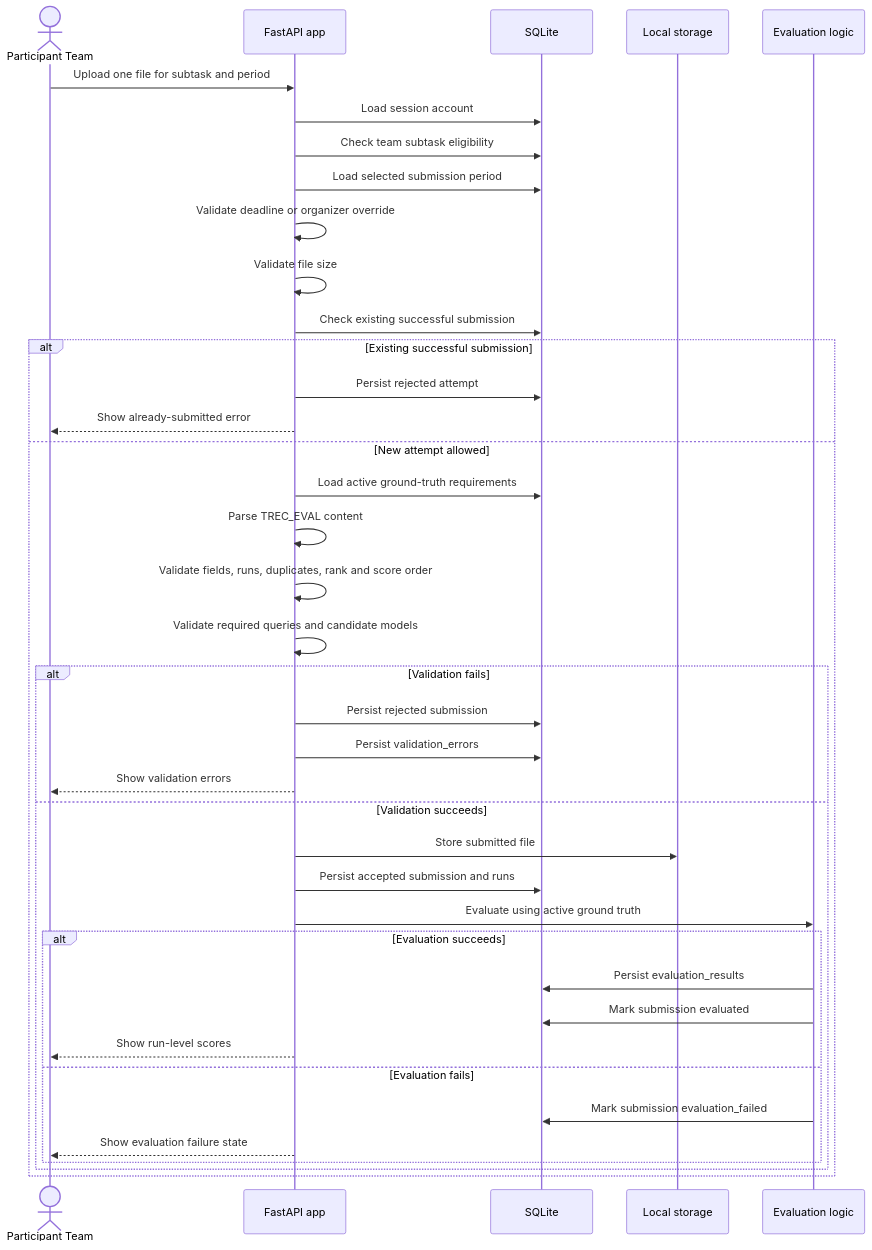
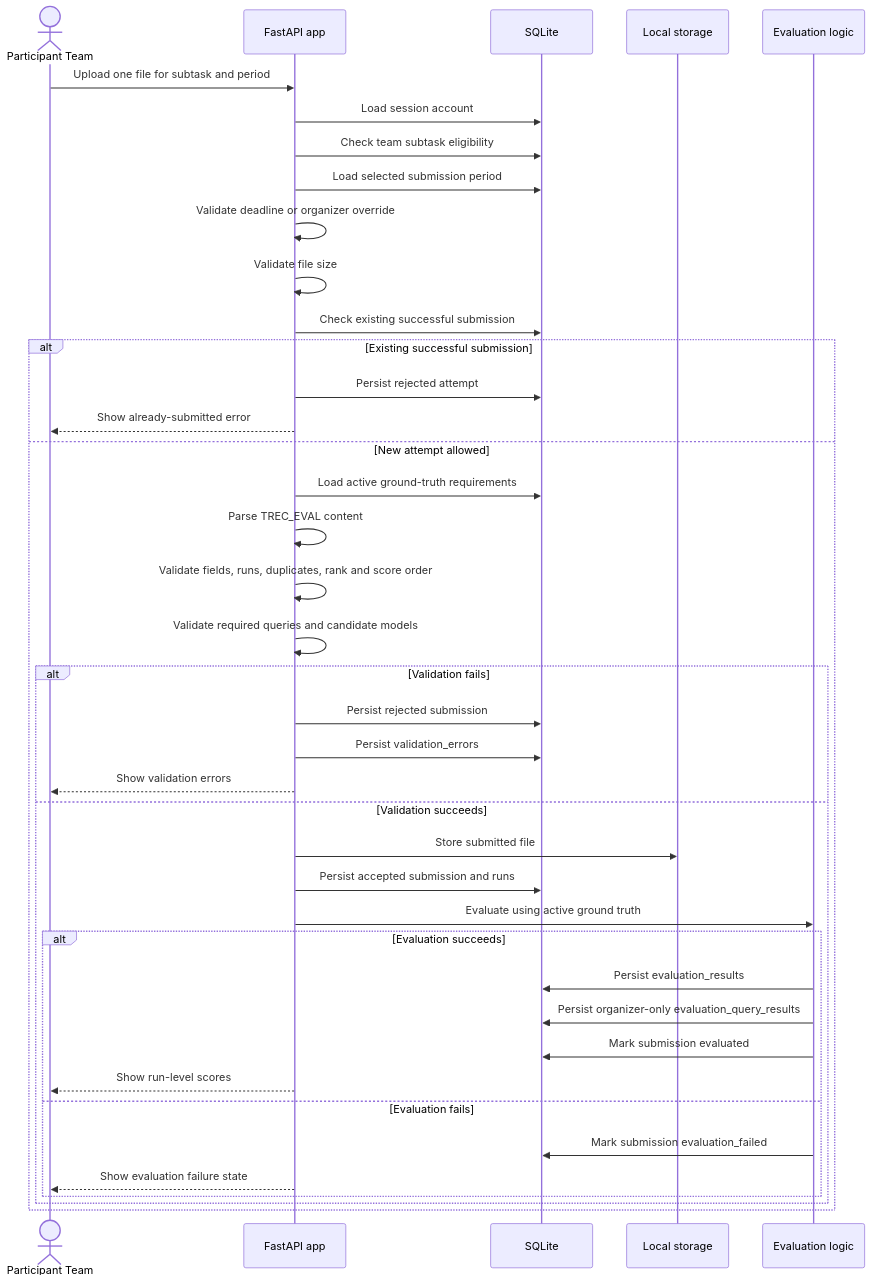
The diagram in docs/technical/submission-spec.md (modelretrieval-1/modelretrieval-1-submission-site), drawn with Mermaid before and after one commit. The commit also changed 10 other files, not shown here.

Commit message:
docs: specify organizer-only per-query metrics

````diff
--- a/docs/technical/submission-spec.md
+++ b/docs/technical/submission-spec.md
@@ -23,45 +23,46 @@
 ```mermaid
 sequenceDiagram
   actor Team as Participant Team
   participant App as FastAPI app
   participant DB as SQLite
   participant Storage as Local storage
   participant Eval as Evaluation logic
 
   Team->>App: Upload one file for subtask and period
   App->>DB: Load session account
   App->>DB: Check team subtask eligibility
   App->>DB: Load selected submission period
   App->>App: Validate deadline or organizer override
   App->>App: Validate file size
   App->>DB: Check existing successful submission
 
   alt Existing successful submission
     App->>DB: Persist rejected attempt
     App-->>Team: Show already-submitted error
   else New attempt allowed
     App->>DB: Load active ground-truth requirements
     App->>App: Parse TREC_EVAL content
     App->>App: Validate fields, runs, duplicates, rank and score order
     App->>App: Validate required queries and candidate models
 
     alt Validation fails
       App->>DB: Persist rejected submission
       App->>DB: Persist validation_errors
       App-->>Team: Show validation errors
     else Validation succeeds
       App->>Storage: Store submitted file
       App->>DB: Persist accepted submission and runs
       App->>Eval: Evaluate using active ground truth
 
       alt Evaluation succeeds
         Eval->>DB: Persist evaluation_results
+        Eval->>DB: Persist organizer-only evaluation_query_results
         Eval->>DB: Mark submission evaluated
         App-->>Team: Show run-level scores
       else Evaluation fails
         Eval->>DB: Mark submission evaluation_failed
         App-->>Team: Show evaluation failure state
       end
     end
   end
 ```
````
